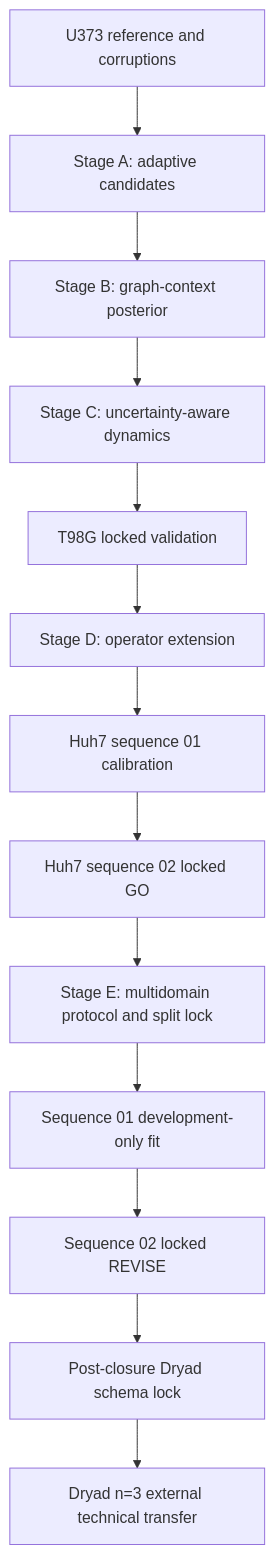
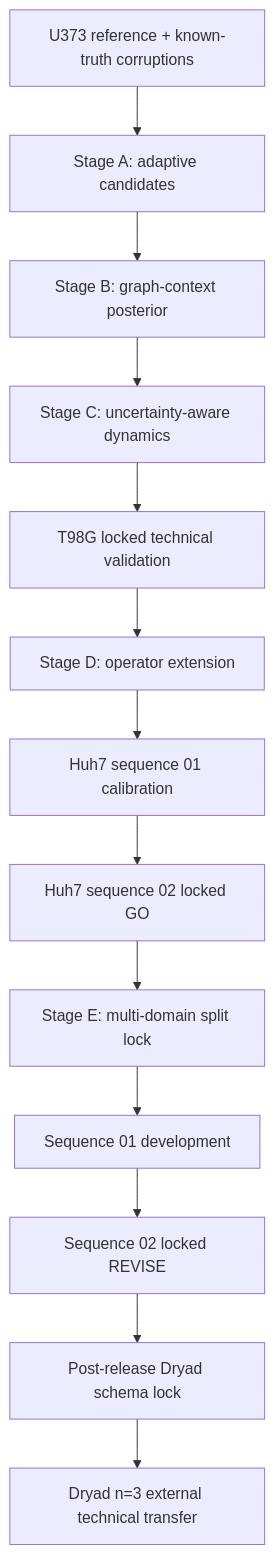
One commit to mohamad679/gbm-tracking-uncertainty changed the diagram in README.md. Above: the diagram before and after it, drawn with Mermaid. The commit also changed other lines of this file, not shown here.

````diff
--- a/README.md
+++ b/README.md
@@ -52,15 +60,15 @@
 ```mermaid
 flowchart TD
-    A[U373 reference and corruptions] --> B[Stage A: adaptive candidates]
+    A[U373 reference + known-truth corruptions] --> B[Stage A: adaptive candidates]
     B --> C[Stage B: graph-context posterior]
     C --> D[Stage C: uncertainty-aware dynamics]
-    D --> E[T98G locked validation]
+    D --> E[T98G locked technical validation]
     E --> F[Stage D: operator extension]
     F --> G[Huh7 sequence 01 calibration]
     G --> H[Huh7 sequence 02 locked GO]
-    H --> I[Stage E: multidomain protocol and split lock]
-    I --> J[Sequence 01 development-only fit]
+    H --> I[Stage E: multi-domain split lock]
+    I --> J[Sequence 01 development]
     J --> K[Sequence 02 locked REVISE]
-    K --> L[Post-closure Dryad schema lock]
+    K --> L[Post-release Dryad schema lock]
     L --> M[Dryad n=3 external technical transfer]
 ```
````
